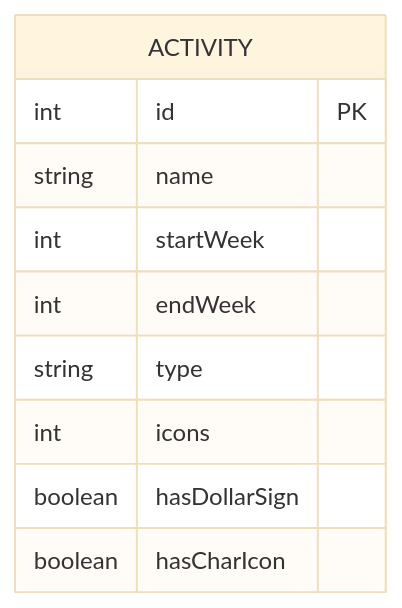
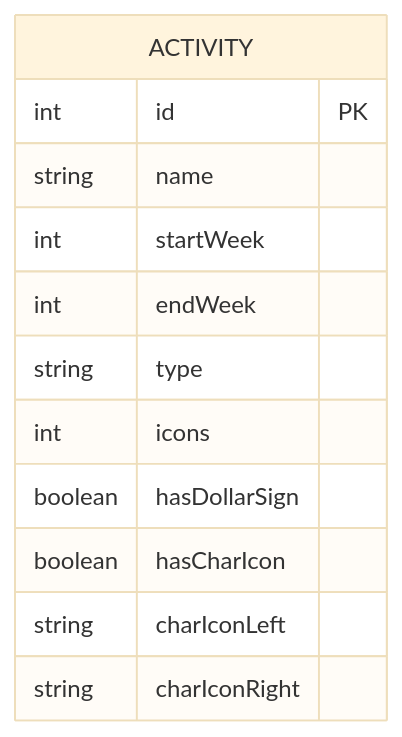
Before and after one commit to xuanyulingnfeg/gameCalendar: the third of 6 diagrams in .qoder/repowiki/zh/content/配置系统.md, drawn with Mermaid (base theme). The commit also changed other lines of this file and 7 other files, not shown here.

````diff
--- a/.qoder/repowiki/zh/content/配置系统.md
+++ b/.qoder/repowiki/zh/content/配置系统.md
@@ -139,13 +152,15 @@
 ```mermaid
 erDiagram
 ACTIVITY {
 int id PK
 string name
 int startWeek
 int endWeek
 string type
 int icons
 boolean hasDollarSign
 boolean hasCharIcon
+string charIconLeft
+string charIconRight
 }
 ```
````
